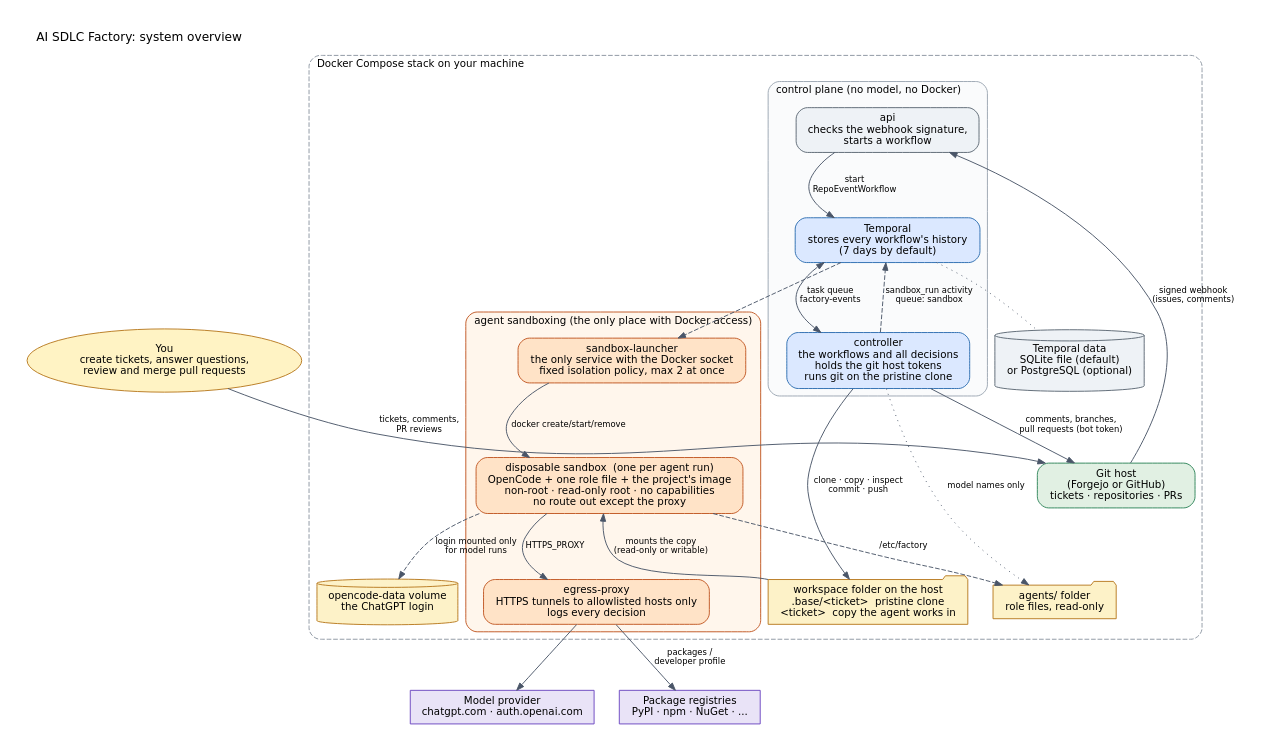
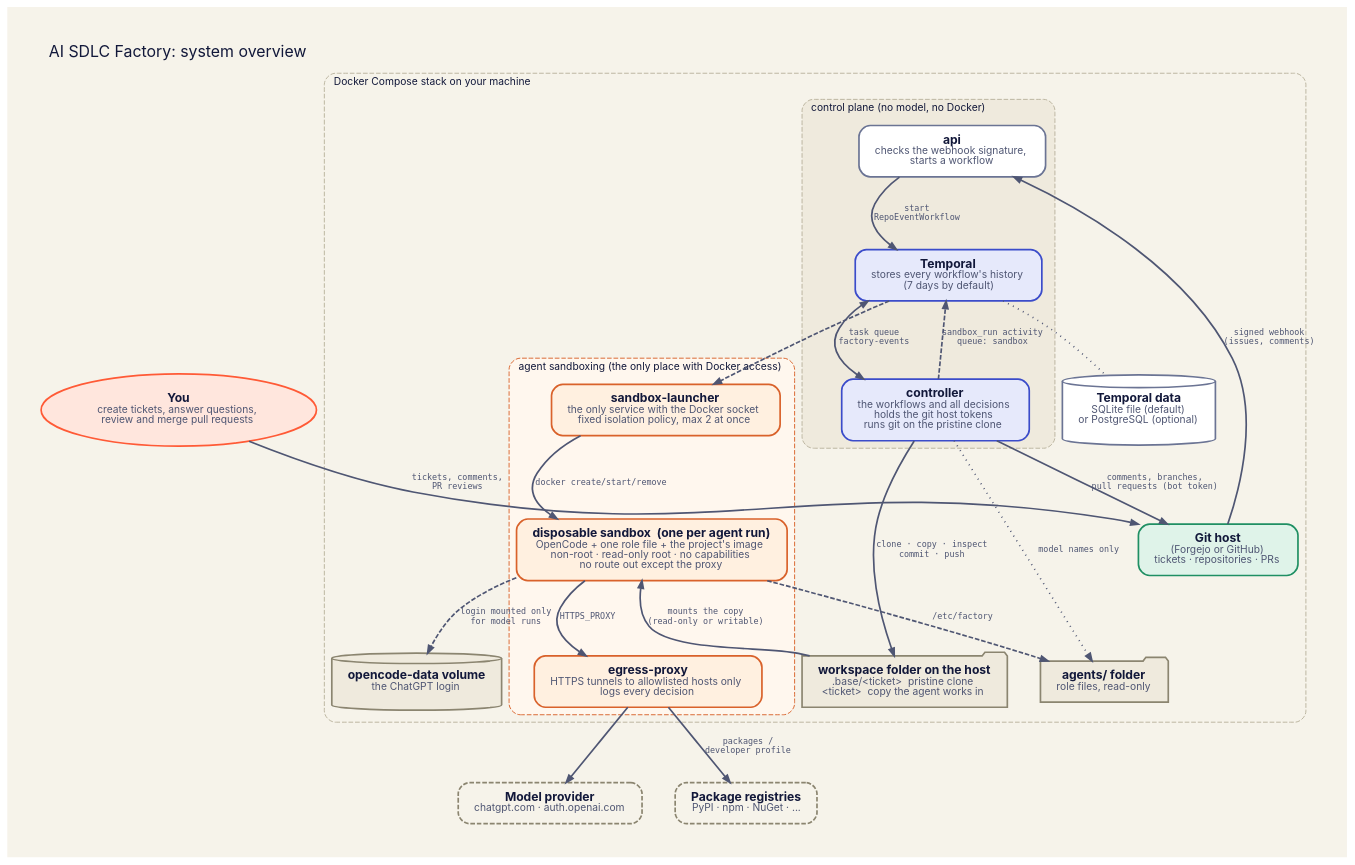
The diagram in docs/diagrams/architecture.dot (ai-sdlc-factory/ai-sdlc-factory), drawn with Graphviz before and after one commit. The commit also changed 24 other files, not shown here.

First line of the commit message:
Restyle docs diagrams to match the website

```diff
--- a/docs/diagrams/architecture.dot
+++ b/docs/diagrams/architecture.dot
@@ -1,55 +1,55 @@
 // The whole solution: who talks to whom, and where the trust boundaries are.
 digraph architecture {
-  graph [rankdir=TB, fontname="DejaVu Sans", fontsize=13, bgcolor=white, pad=0.3, nodesep=0.38, ranksep=0.7,
+  graph [rankdir=TB, fontname="Inter",  bgcolor="#f6f3ea", pad=0.5, nodesep=0.48, ranksep=0.80, fontcolor="#12183a", fontsize=17,
          label="AI SDLC Factory: system overview", labelloc=t, labeljust=l];
-  node  [fontname="DejaVu Sans", fontsize=11, shape=box, style="rounded,filled", fillcolor="#eef2f6", color="#5b6773", margin="0.16,0.09"];
-  edge  [fontname="DejaVu Sans", fontsize=9, color="#4a5568", arrowsize=0.8];
+  node  [fontname="Inter", fontsize=13, fontcolor="#12183a", penwidth=1.8, shape=box, style="rounded,filled", fillcolor="#ffffff", color="#6b7494", margin="0.24,0.14"];
+  edge  [fontname="DejaVu Sans Mono", fontsize=9, fontcolor="#4f5673", penwidth=1.8, arrowhead=normal, color="#4f5673", arrowsize=0.8];
 
-  person  [label="You\ncreate tickets, answer questions,\nreview and merge pull requests", shape=ellipse, fillcolor="#fff3c4", color="#b7791f"];
-  model   [label="Model provider\nchatgpt.com · auth.openai.com", shape=box, style="filled", fillcolor="#e9e3f7", color="#6b46c1"];
-  registry[label="Package registries\nPyPI · npm · NuGet · ...", shape=box, style="filled", fillcolor="#e9e3f7", color="#6b46c1"];
+  person  [label=<<B>You</B><BR/><FONT COLOR="#4f5673" POINT-SIZE="11">create tickets, answer questions,</FONT><BR/><FONT COLOR="#4f5673" POINT-SIZE="11">review and merge pull requests</FONT>>, shape=ellipse, fillcolor="#ffe6dd", color="#ff5a36"];
+  model   [label=<<B>Model provider</B><BR/><FONT COLOR="#4f5673" POINT-SIZE="11">chatgpt.com · auth.openai.com</FONT>>, shape=box, style="rounded,filled,dashed", fillcolor="#f6f3ea", color="#8b8570"];
+  registry[label=<<B>Package registries</B><BR/><FONT COLOR="#4f5673" POINT-SIZE="11">PyPI · npm · NuGet · ...</FONT>>, shape=box, style="rounded,filled,dashed", fillcolor="#f6f3ea", color="#8b8570"];
 
   subgraph cluster_stack {
-    label="Docker Compose stack on your machine"; style="rounded,dashed"; color="#8a94a0"; fontsize=11;
+    label="Docker Compose stack on your machine"; style="rounded,dashed"; color="#b9b29c"; fontsize=11;
 
-    host [label="Git host\n(Forgejo or GitHub)\ntickets · repositories · PRs", fillcolor="#e1f0e3", color="#2f855a"];
+    host [label=<<B>Git host</B><BR/><FONT COLOR="#4f5673" POINT-SIZE="11">(Forgejo or GitHub)</FONT><BR/><FONT COLOR="#4f5673" POINT-SIZE="11">tickets · repositories · PRs</FONT>>, fillcolor="#dff3e9", color="#1f8f63"];
 
     subgraph cluster_control {
-      label="control plane (no model, no Docker)"; style="rounded"; color="#9aa5b1"; fillcolor="#fafbfc"; style="rounded,filled";
-      api        [label="api\nchecks the webhook signature,\nstarts a workflow"];
-      temporal   [label="Temporal\nstores every workflow's history\n(7 days by default)", fillcolor="#dbe8ff", color="#2b6cb0"];
-      controller [label="controller\nthe workflows and all decisions\nholds the git host tokens\nruns git on the pristine clone", fillcolor="#dbe8ff", color="#2b6cb0"];
+      label="control plane (no model, no Docker)"; style="rounded,dashed"; color="#b9b29c"; fillcolor="#efeadd"; style="rounded,filled,dashed";
+      api        [label=<<B>api</B><BR/><FONT COLOR="#4f5673" POINT-SIZE="11">checks the webhook signature,</FONT><BR/><FONT COLOR="#4f5673" POINT-SIZE="11">starts a workflow</FONT>>];
+      temporal   [label=<<B>Temporal</B><BR/><FONT COLOR="#4f5673" POINT-SIZE="11">stores every workflow's history</FONT><BR/><FONT COLOR="#4f5673" POINT-SIZE="11">(7 days by default)</FONT>>, fillcolor="#e6e9fb", color="#3b4cca"];
+      controller [label=<<B>controller</B><BR/><FONT COLOR="#4f5673" POINT-SIZE="11">the workflows and all decisions</FONT><BR/><FONT COLOR="#4f5673" POINT-SIZE="11">holds the git host tokens</FONT><BR/><FONT COLOR="#4f5673" POINT-SIZE="11">runs git on the pristine clone</FONT>>, fillcolor="#e6e9fb", color="#3b4cca"];
     }
 
-    temporaldb [label="Temporal data\nSQLite file (default)\nor PostgreSQL (optional)", shape=cylinder, fillcolor="#eef2f6"];
+    temporaldb [label=<<B>Temporal data</B><BR/><FONT COLOR="#4f5673" POINT-SIZE="11">SQLite file (default)</FONT><BR/><FONT COLOR="#4f5673" POINT-SIZE="11">or PostgreSQL (optional)</FONT>>, shape=cylinder, fillcolor="#ffffff"];
 
     subgraph cluster_sandboxing {
-      label="agent sandboxing (the only place with Docker access)"; style="rounded,filled"; color="#c05621"; fillcolor="#fff6ec";
-      launcher [label="sandbox-launcher\nthe only service with the Docker socket\nfixed isolation policy, max 2 at once", fillcolor="#ffe3c7", color="#c05621"];
-      sandbox  [label="disposable sandbox  (one per agent run)\nOpenCode + one role file + the project's image\nnon-root · read-only root · no capabilities\nno route out except the proxy", fillcolor="#ffe3c7", color="#c05621"];
-      proxy    [label="egress-proxy\nHTTPS tunnels to allowlisted hosts only\nlogs every decision", fillcolor="#ffe3c7", color="#c05621"];
+      label="agent sandboxing (the only place with Docker access)"; style="rounded,filled,dashed"; color="#d9622b"; fillcolor="#fff7ee";
+      launcher [label=<<B>sandbox-launcher</B><BR/><FONT COLOR="#4f5673" POINT-SIZE="11">the only service with the Docker socket</FONT><BR/><FONT COLOR="#4f5673" POINT-SIZE="11">fixed isolation policy, max 2 at once</FONT>>, fillcolor="#fff0e0", color="#d9622b"];
+      sandbox  [label=<<B>disposable sandbox  (one per agent run)</B><BR/><FONT COLOR="#4f5673" POINT-SIZE="11">OpenCode + one role file + the project's image</FONT><BR/><FONT COLOR="#4f5673" POINT-SIZE="11">non-root · read-only root · no capabilities</FONT><BR/><FONT COLOR="#4f5673" POINT-SIZE="11">no route out except the proxy</FONT>>, fillcolor="#fff0e0", color="#d9622b"];
+      proxy    [label=<<B>egress-proxy</B><BR/><FONT COLOR="#4f5673" POINT-SIZE="11">HTTPS tunnels to allowlisted hosts only</FONT><BR/><FONT COLOR="#4f5673" POINT-SIZE="11">logs every decision</FONT>>, fillcolor="#fff0e0", color="#d9622b"];
     }
 
-    workspaces [label="workspace folder on the host\n.base/<ticket>  pristine clone\n<ticket>  copy the agent works in", shape=folder, fillcolor="#fdf2c8", color="#b7791f"];
-    login      [label="opencode-data volume\nthe ChatGPT login", shape=cylinder, fillcolor="#fdf2c8", color="#b7791f"];
-    agents     [label="agents/ folder\nrole files, read-only", shape=folder, fillcolor="#fdf2c8", color="#b7791f"];
+    workspaces [label=<<B>workspace folder on the host</B><BR/><FONT COLOR="#4f5673" POINT-SIZE="11">.base/&lt;ticket&gt;  pristine clone</FONT><BR/><FONT COLOR="#4f5673" POINT-SIZE="11">&lt;ticket&gt;  copy the agent works in</FONT>>, shape=folder, fillcolor="#efeadd", color="#8b8570"];
+    login      [label=<<B>opencode-data volume</B><BR/><FONT COLOR="#4f5673" POINT-SIZE="11">the ChatGPT login</FONT>>, shape=cylinder, fillcolor="#efeadd", color="#8b8570"];
+    agents     [label=<<B>agents/ folder</B><BR/><FONT COLOR="#4f5673" POINT-SIZE="11">role files, read-only</FONT>>, shape=folder, fillcolor="#efeadd", color="#8b8570"];
   }
 
   person -> host [label="tickets, comments,\nPR reviews"];
   host -> api [label="signed webhook\n(issues, comments)"];
   api -> temporal [label="start\nRepoEventWorkflow"];
   temporal -> controller [label="task queue\nfactory-events", dir=both];
   controller -> host [label="comments, branches,\npull requests (bot token)"];
   controller -> workspaces [label="clone · copy · inspect\ncommit · push"];
   controller -> temporal [label="sandbox_run activity\nqueue: sandbox", style=dashed];
   temporal -> launcher [style=dashed];
   launcher -> sandbox [label="docker create/start/remove"];
   sandbox -> workspaces [label="mounts the copy\n(read-only or writable)", dir=back];
   sandbox -> login [label="login mounted only\nfor model runs", style=dashed];
   sandbox -> agents [label="/etc/factory", style=dashed];
   sandbox -> proxy [label="HTTPS_PROXY"];
   proxy -> model;
   proxy -> registry [label="packages /\ndeveloper profile"];
   temporal -> temporaldb [style=dotted, arrowhead=none];
   controller -> agents [style=dotted, label="model names only"];
 }
```
